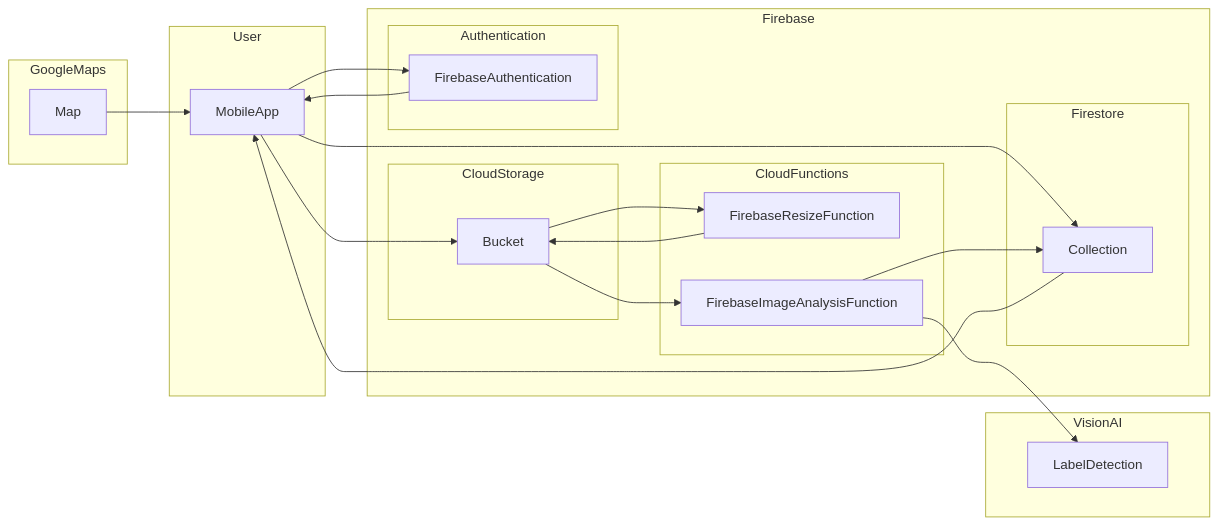
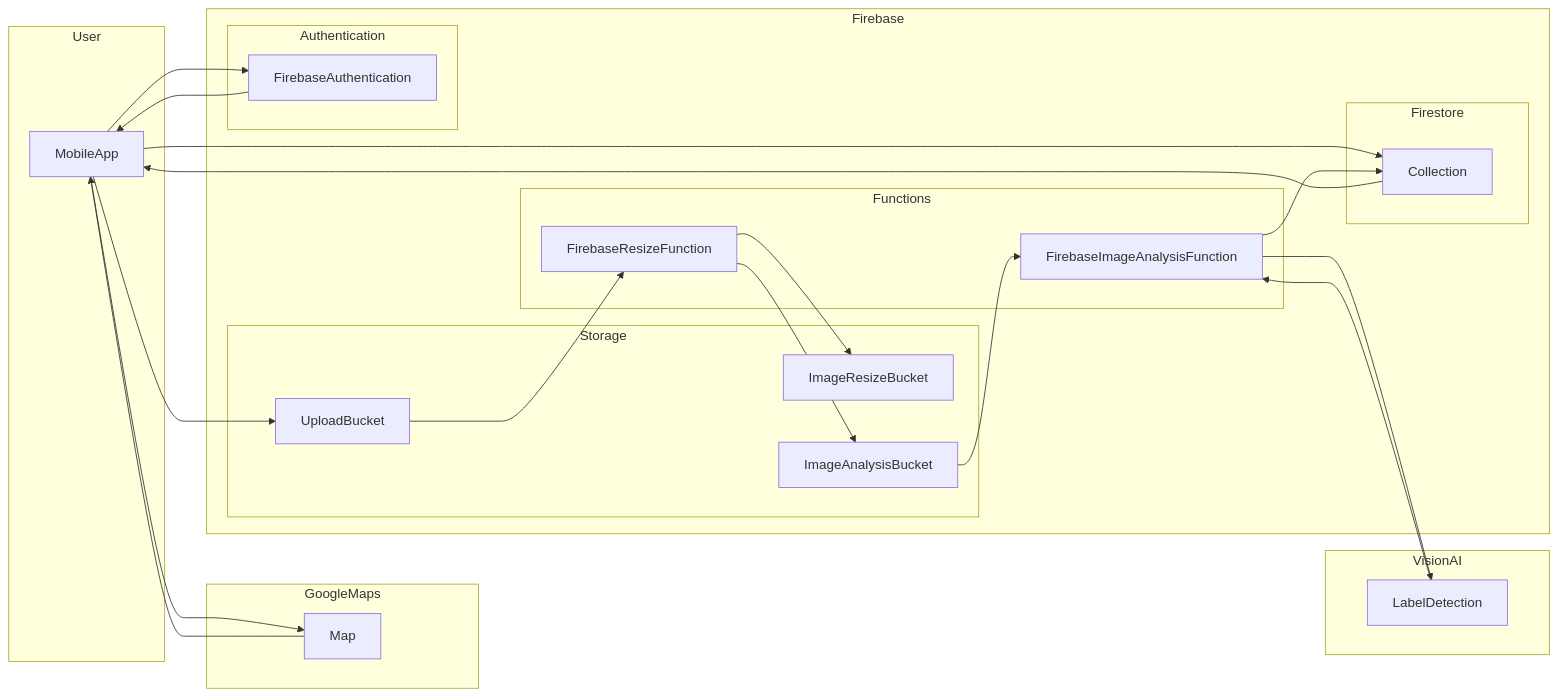
One commit to zorrokid/nature-photos changed the diagram in README.md. Above: the diagram before and after it, drawn with Mermaid.

Commit message:
upload architecture diagram

````diff
--- a/README.md
+++ b/README.md
@@ -5,45 +5,50 @@
 ```mermaid
 graph LR
 
   subgraph User
     MobileApp
   end
 
   subgraph GoogleMaps
     Map
   end
 
   subgraph VisionAI
     LabelDetection
   end
 
   subgraph Firebase
-    subgraph CloudStorage
-       Bucket 
+    subgraph Storage
+       UploadBucket 
+       ImageResizeBucket
+       ImageAnalysisBucket
     end
     subgraph Firestore
        Collection 
     end
 
-    subgraph CloudFunctions
+    subgraph Functions
       FirebaseResizeFunction
       FirebaseImageAnalysisFunction
     end
 
     subgraph Authentication
       FirebaseAuthentication
     end
   end
 
-  MobileApp --> Bucket 
+  MobileApp --> UploadBucket 
   Collection --> MobileApp 
   MobileApp --> Collection
   MobileApp --> FirebaseAuthentication
+  MobileApp --> Map
   Map --> MobileApp
   FirebaseAuthentication --> MobileApp
-  Bucket --> FirebaseResizeFunction
-  FirebaseResizeFunction --> Bucket 
-  Bucket --> FirebaseImageAnalysisFunction
+  UploadBucket --> FirebaseResizeFunction
+  FirebaseResizeFunction --> ImageResizeBucket 
+  FirebaseResizeFunction --> ImageAnalysisBucket 
+  ImageAnalysisBucket --> FirebaseImageAnalysisFunction
   FirebaseImageAnalysisFunction --> Collection 
   FirebaseImageAnalysisFunction --> LabelDetection
+  LabelDetection --> FirebaseImageAnalysisFunction
 ```
````
